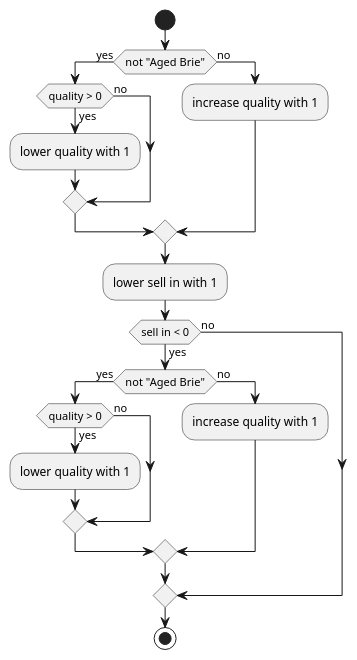
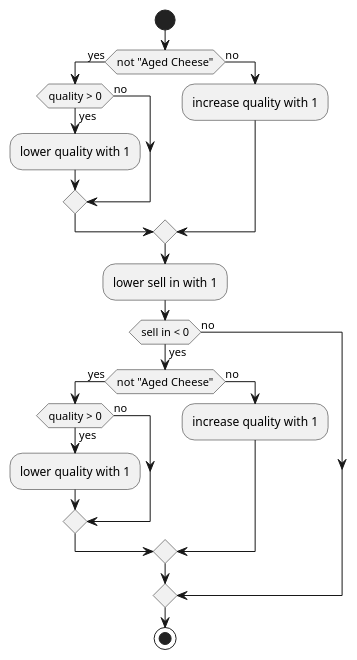
The diagram in plantuml/history/04_aged-brie.puml (emilybache/GildedRose-Refactoring-Kata), drawn with PlantUML before and after one commit. The commit also changed 119 other files, not shown here.

```diff
--- a/plantuml/history/04_aged-brie.puml
+++ b/plantuml/history/04_aged-brie.puml
@@ -1,32 +1,32 @@
 @startuml
 
 skinparam backgroundColor transparent
 
 start
 
-if (not "Aged Brie") then (yes)
+if (not "Aged Cheese") then (yes)
     if (quality > 0) then (yes)
         :lower quality with 1;
     else (no)
     endif
 else (no)
     :increase quality with 1;
 endif
 
 :lower sell in with 1;
 
 if (sell in < 0) then (yes)
-    if (not "Aged Brie") then (yes)
+    if (not "Aged Cheese") then (yes)
         if (quality > 0) then (yes)
             :lower quality with 1;
     else (no)
         endif
     else (no)
         :increase quality with 1;
     endif
 else (no)
 endif
 
 stop
 
 @enduml
```
